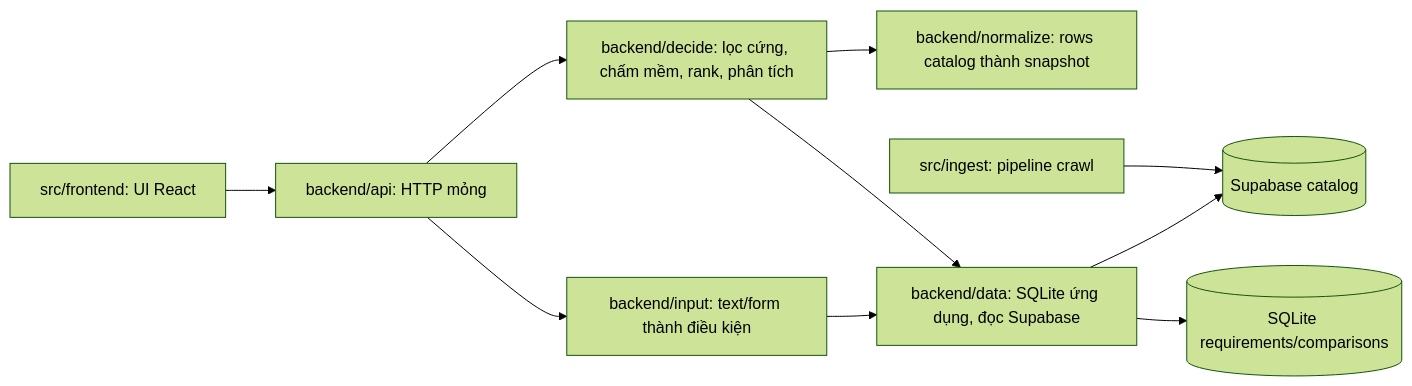
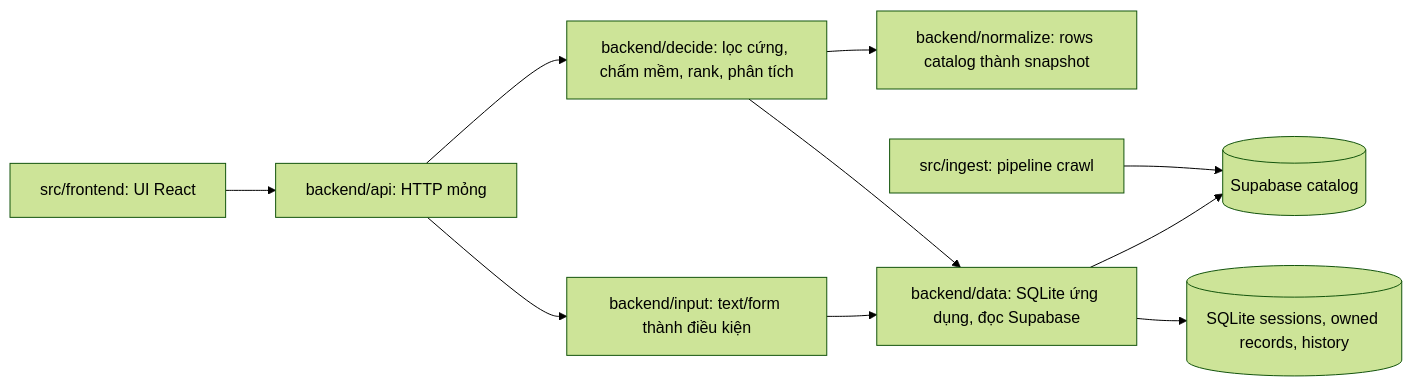
One commit to graviton711/HCMUS-x-HCMUT---TMA changed the diagram in docs/system-architecture.md. Above: the diagram before and after it, drawn with Mermaid (forest theme). The commit also changed other lines of this file and 30 other files, not shown here.

````diff
--- a/docs/system-architecture.md
+++ b/docs/system-architecture.md
@@ -5,12 +5,12 @@
 ```mermaid
 flowchart LR
     Client[src/frontend: UI React] --> API[backend/api: HTTP mỏng]
     API --> Input[backend/input: text/form thành điều kiện]
     API --> Decide[backend/decide: lọc cứng, chấm mềm, rank, phân tích]
     Decide --> Norm[backend/normalize: rows catalog thành snapshot]
     Decide --> Data[backend/data: SQLite ứng dụng, đọc Supabase]
     Input --> Data
     Ingest[src/ingest: pipeline crawl] --> Catalog[(Supabase catalog)]
     Data --> Catalog
-    Data --> SQLite[(SQLite requirements/comparisons)]
+    Data --> SQLite[(SQLite sessions, owned records, history)]
 ```
````
